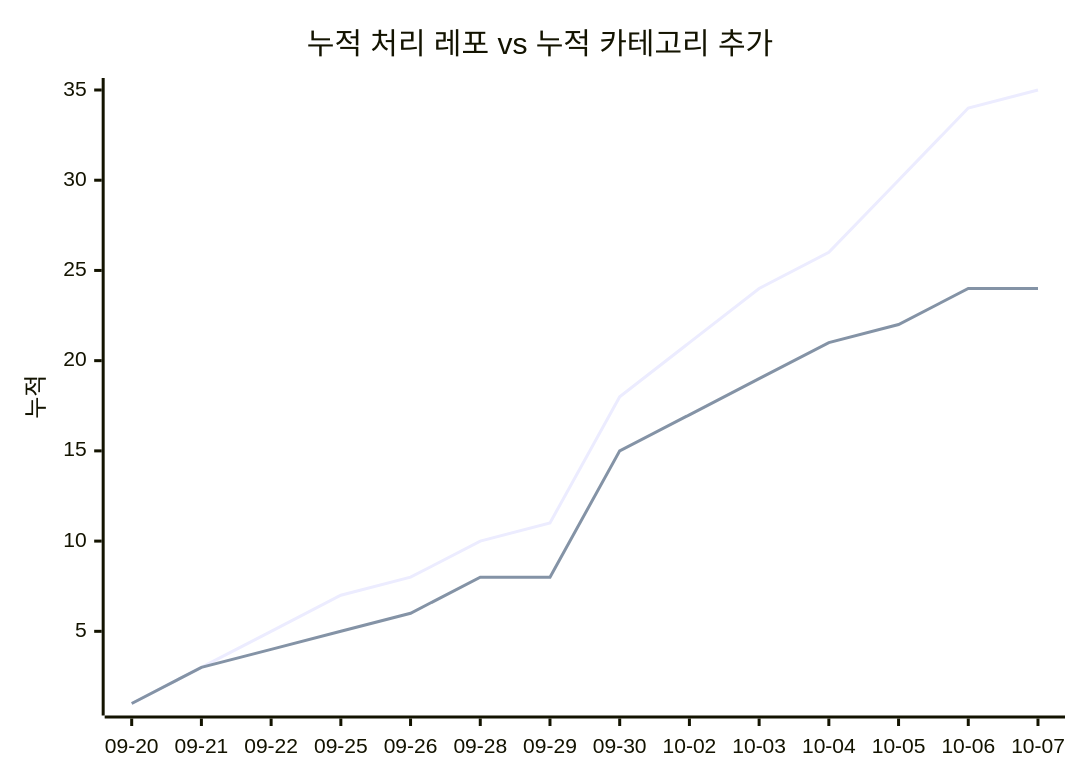
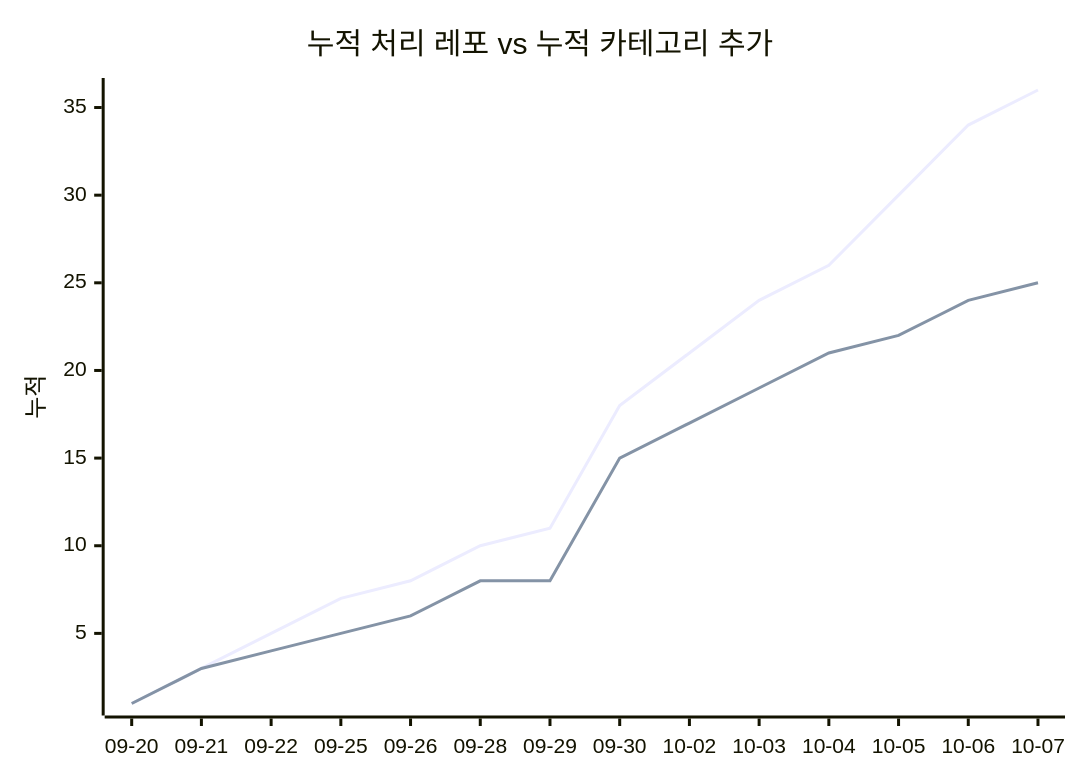
The second of 2 diagrams in docs/trends.md (J-nowcow/awesome-korean-agent-skills), drawn with Mermaid before and after one commit. The commit also changed other lines of this file and 4 other files, not shown here.

````diff
--- a/docs/trends.md
+++ b/docs/trends.md
@@ -68,8 +68,8 @@
 ```mermaid
 xychart-beta
     title "누적 처리 레포 vs 누적 카테고리 추가"
     x-axis ["09-20","09-21","09-22","09-25","09-26","09-28","09-29","09-30","10-02","10-03","10-04","10-05","10-06","10-07"]
     y-axis "누적"
-    line [1,3,5,7,8,10,11,18,21,24,26,30,34,35]
-    line [1,3,4,5,6,8,8,15,17,19,21,22,24,24]
+    line [1,3,5,7,8,10,11,18,21,24,26,30,34,36]
+    line [1,3,4,5,6,8,8,15,17,19,21,22,24,25]
 ```
````
